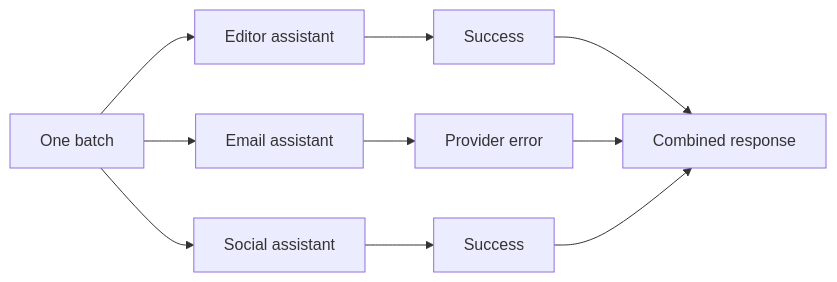
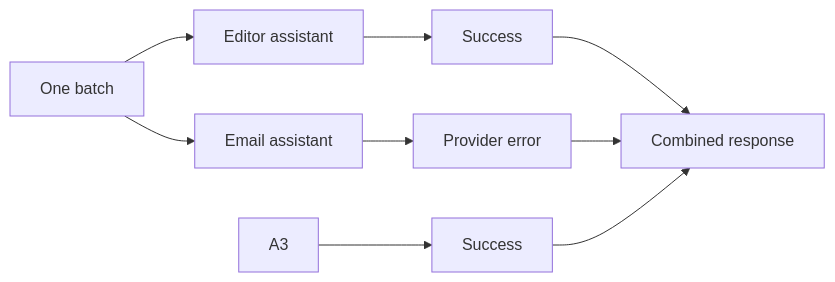
One commit to vsl/ai-text-enhancer changed the third of 3 diagrams in docs/app-flow.md. Above: the diagram before and after it, drawn with Mermaid. The commit also changed other lines of this file and 60 other files, not shown here.

````diff
--- a/docs/app-flow.md
+++ b/docs/app-flow.md
@@ -136,12 +136,11 @@
 ```mermaid
 flowchart LR
     B["One batch"] --> A1["Editor assistant"]
     B --> A2["Email assistant"]
-    B --> A3["Social assistant"]
     A1 --> OK1["Success"]
     A2 --> ERR["Provider error"]
     A3 --> OK3["Success"]
     OK1 --> OUT["Combined response"]
     ERR --> OUT
     OK3 --> OUT
 ```
````
